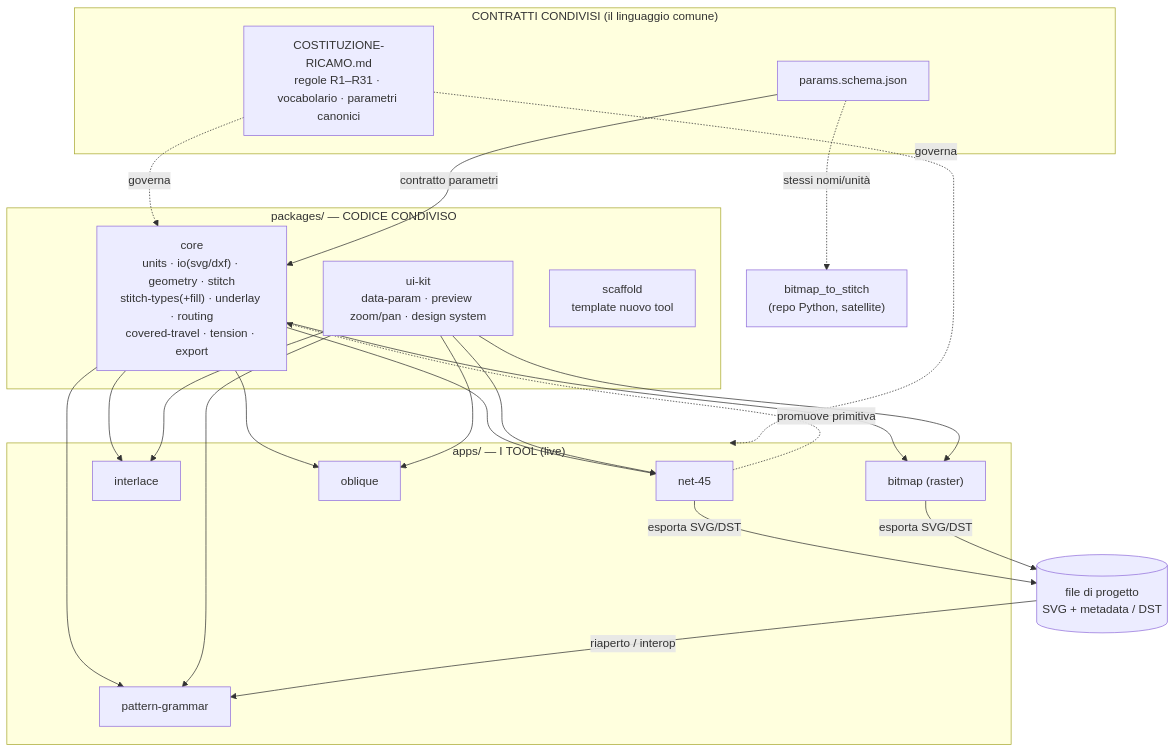
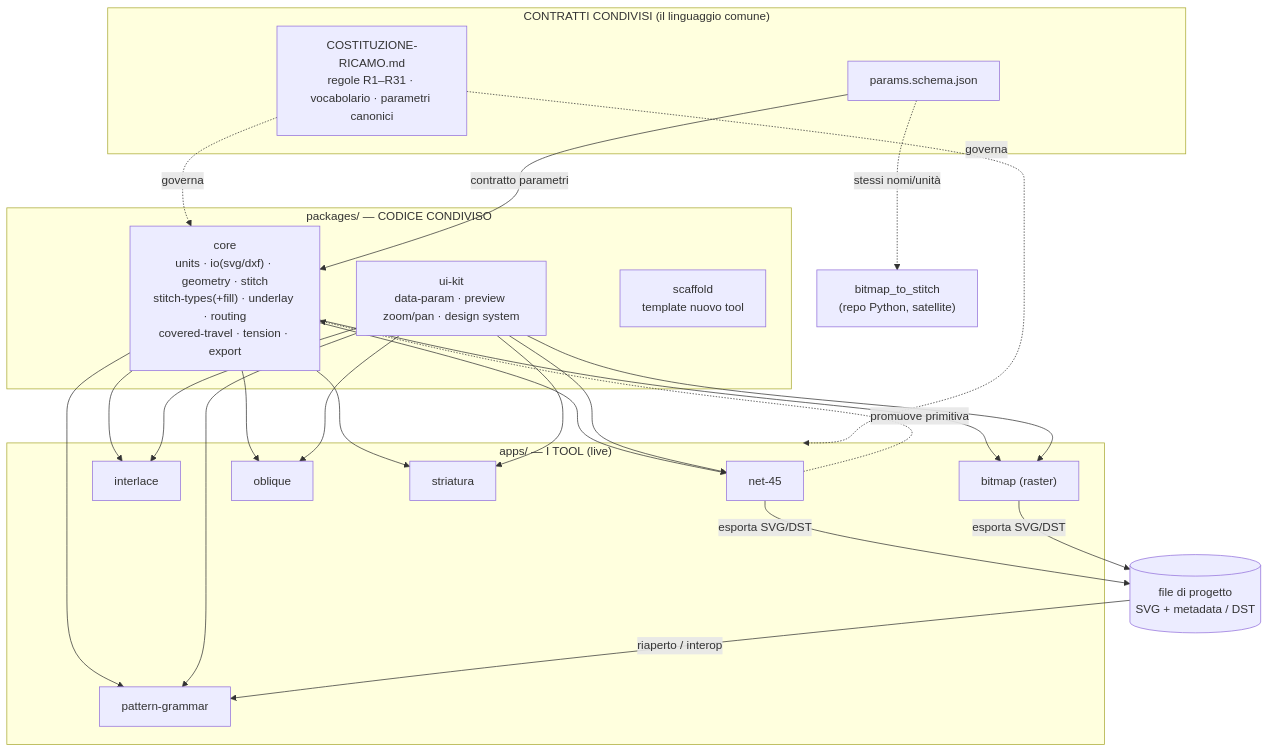
The diagram in ARCHITETTURA.md (LorenzoErcoli/RG-EMBROIDERY-TOOLS-SUITE), drawn with Mermaid before and after one commit. The commit also changed other lines of this file and 1 other file, not shown here.

````diff
--- a/ARCHITETTURA.md
+++ b/ARCHITETTURA.md
@@ -26,37 +26,38 @@
 ```mermaid
 graph TD
   subgraph Contratti["CONTRATTI CONDIVISI (il linguaggio comune)"]
     COST["COSTITUZIONE-RICAMO.md<br/>regole R1–R31 · vocabolario · parametri canonici"]
     SCHEMA["params.schema.json"]
   end
 
   subgraph Packages["packages/ — CODICE CONDIVISO"]
     CORE["core<br/>units · io(svg/dxf) · geometry · stitch<br/>stitch-types(+fill) · underlay · routing<br/>covered-travel · tension · export"]
     UIKIT["ui-kit<br/>data-param · preview zoom/pan · design system"]
     SCAFFOLD["scaffold<br/>template nuovo tool"]
   end
 
   subgraph Apps["apps/ — I TOOL (live)"]
     N45["net-45"]
     PG["pattern-grammar"]
     ILC["interlace"]
     BMP["bitmap (raster)"]
     OBQ["oblique"]
+    STR["striatura"]
   end
 
   BITMAP["bitmap_to_stitch<br/>(repo Python, satellite)"]
   PROJ[("file di progetto<br/>SVG + metadata / DST")]
 
   COST -. governa .-> CORE
   COST -. governa .-> Apps
   SCHEMA -->|contratto parametri| CORE
   SCHEMA -. stessi nomi/unità .-> BITMAP
 
-  CORE --> N45 & PG & ILC & BMP & OBQ
-  UIKIT --> N45 & PG & ILC & BMP & OBQ
+  CORE --> N45 & PG & ILC & BMP & OBQ & STR
+  UIKIT --> N45 & PG & ILC & BMP & OBQ & STR
   N45 -. promuove primitiva .-> CORE
 
   N45 -->|esporta SVG/DST| PROJ
   BMP -->|esporta SVG/DST| PROJ
   PROJ -->|riaperto / interop| PG
 ```
````
